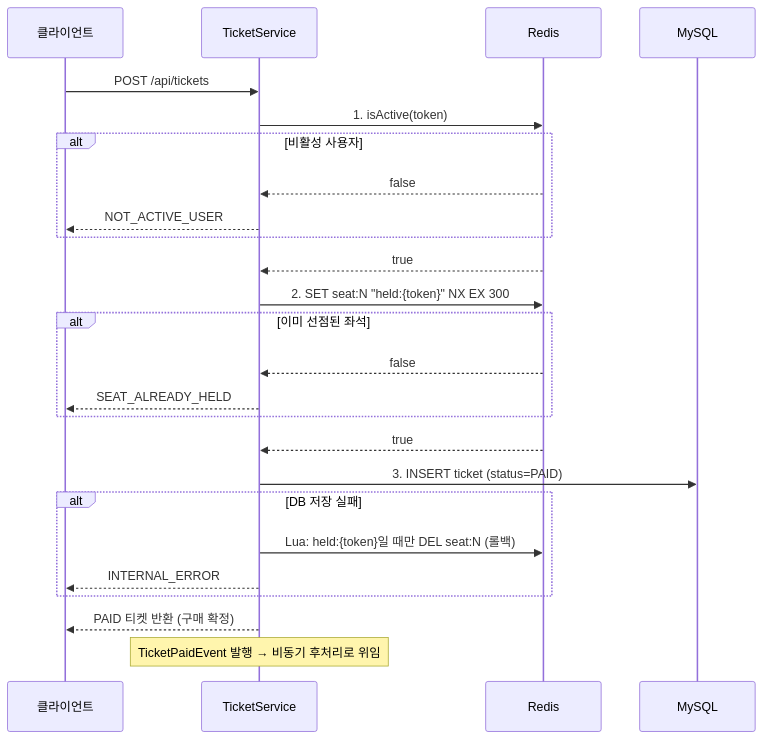
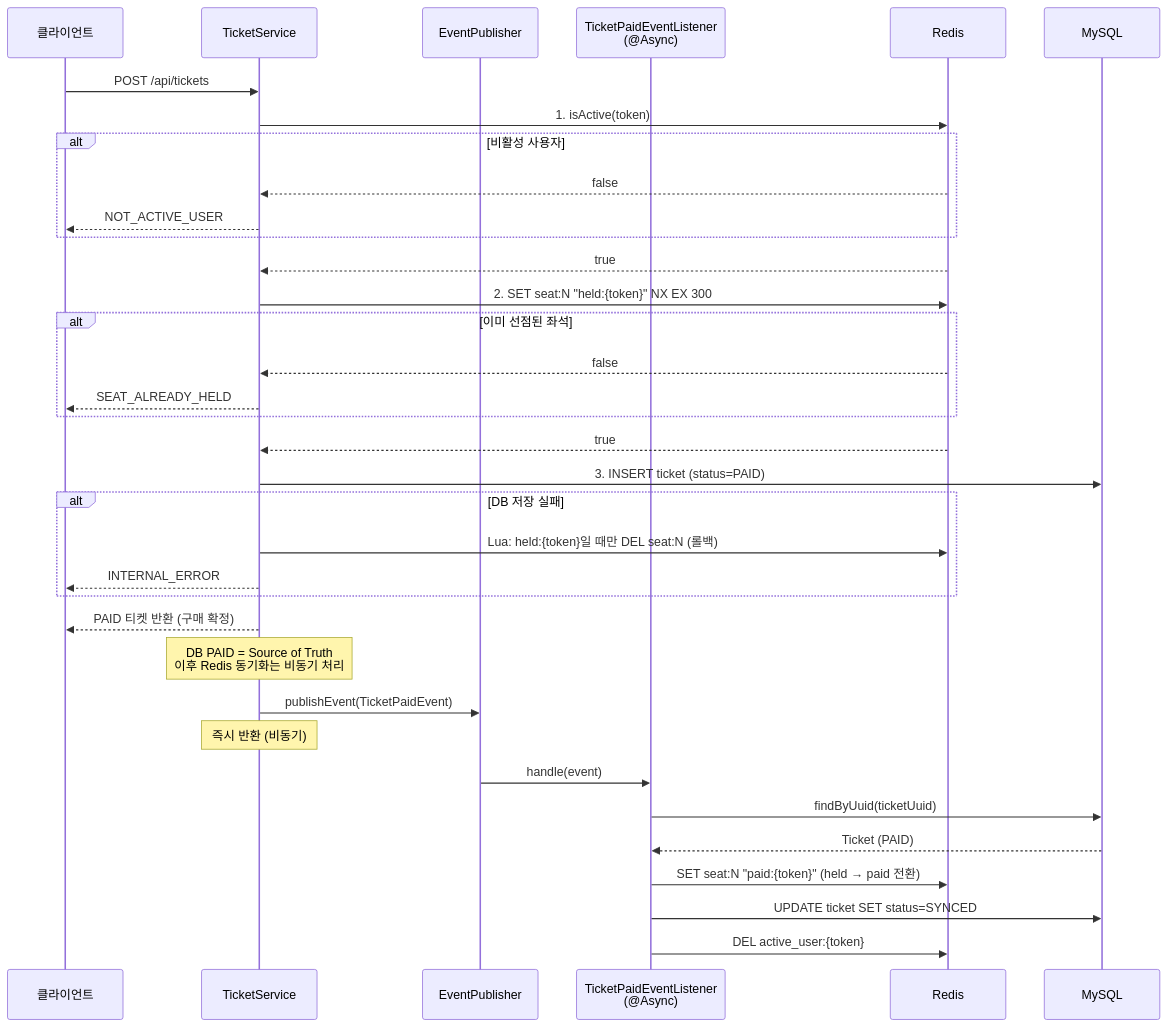
One commit to irnd04/zticket changed the fifth of 6 diagrams in README.md. Above: the diagram before and after it, drawn with Mermaid. The commit also changed other lines of this file, not shown here.

Commit message:
docs: 구매 플로우와 비동기 동기화를 하나의 다이어그램으로 통합

````diff
--- a/README.md
+++ b/README.md
@@ -188,33 +186,46 @@
 ```mermaid
 sequenceDiagram
     participant C as 클라이언트
     participant T as TicketService
+    participant E as EventPublisher
+    participant L as TicketPaidEventListener<br/>(@Async)
     participant R as Redis
     participant DB as MySQL
 
     C->>T: POST /api/tickets
 
     T->>R: 1. isActive(token)
     alt 비활성 사용자
         R-->>T: false
         T-->>C: NOT_ACTIVE_USER
     end
     R-->>T: true
 
     T->>R: 2. SET seat:N "held:{token}" NX EX 300
     alt 이미 선점된 좌석
         R-->>T: false
         T-->>C: SEAT_ALREADY_HELD
     end
     R-->>T: true
 
     T->>DB: 3. INSERT ticket (status=PAID)
     alt DB 저장 실패
         T->>R: Lua: held:{token}일 때만 DEL seat:N (롤백)
         T-->>C: INTERNAL_ERROR
     end
 
     T-->>C: PAID 티켓 반환 (구매 확정)
 
-    Note over T: TicketPaidEvent 발행 → 비동기 후처리로 위임
+    Note over T: DB PAID = Source of Truth<br/>이후 Redis 동기화는 비동기 처리
+
+    T->>E: publishEvent(TicketPaidEvent)
+    Note over T: 즉시 반환 (비동기)
+
+    E->>L: handle(event)
+    L->>DB: findByUuid(ticketUuid)
+    DB-->>L: Ticket (PAID)
+
+    L->>R: SET seat:N "paid:{token}" (held → paid 전환)
+    L->>DB: UPDATE ticket SET status=SYNCED
+    L->>R: DEL active_user:{token}
 ```
````
